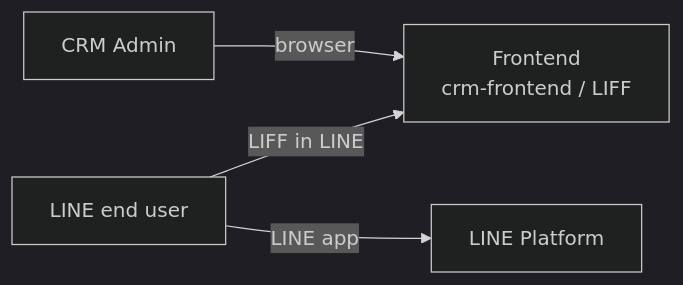
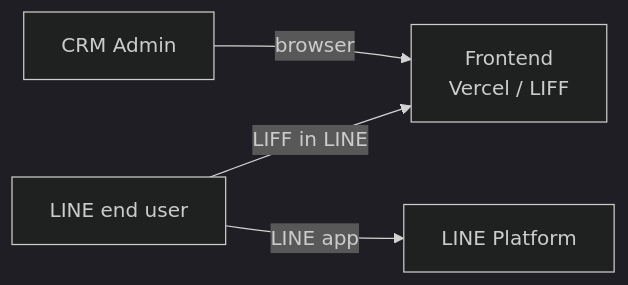
Before and after one commit to kittiBank/crm-lineoa-api: the first of 3 diagrams in docs/architecture/01-context.md, drawn with Mermaid (dark theme). The commit also changed other lines of this file and 1 other file, not shown here.

Commit message:
docs: update architecture for Vercel, GCP, Neon, and GCS

````diff
--- a/docs/architecture/01-context.md
+++ b/docs/architecture/01-context.md
@@ -24,8 +24,8 @@
 ```mermaid
 flowchart LR
   Admin[CRM Admin]
   LineUser[LINE end user]
-  Admin -->|browser| FE[Frontend<br/>crm-frontend / LIFF]
+  Admin -->|browser| FE[Frontend<br/>Vercel / LIFF]
   LineUser -->|LINE app| LINE[LINE Platform]
   LineUser -->|LIFF in LINE| FE
 ```
````
